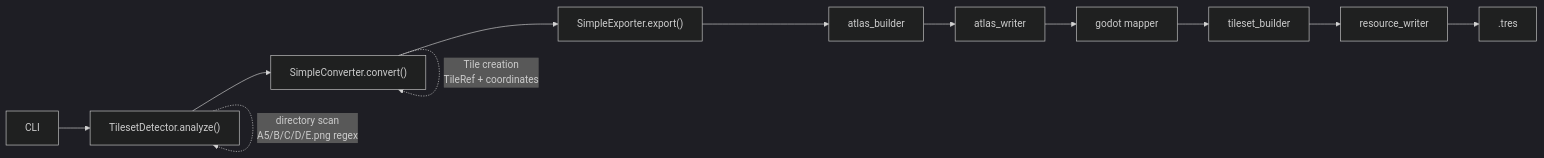
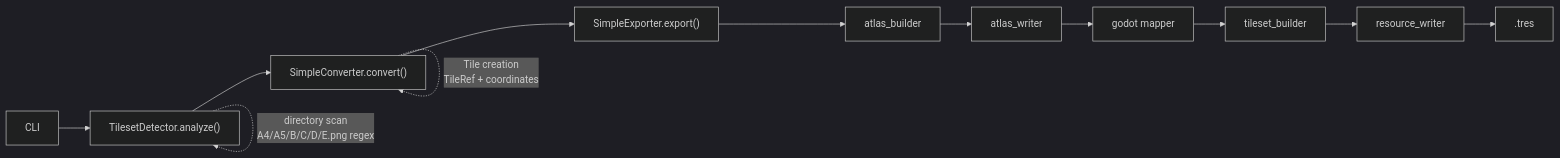
The first of 4 diagrams in README.md (ultra-sonic-28/rpgmaker2godot), drawn with Mermaid (dark theme) before and after one commit. The commit also changed other lines of this file and 19 other files, not shown here.

````diff
--- a/README.md
+++ b/README.md
@@ -145,15 +149,15 @@
 ```mermaid
 flowchart LR
     CLI --> A["TilesetDetector.analyze()"]
     A --> B["SimpleConverter.convert()"]
     B --> C["SimpleExporter.export()"]
     C --> D["atlas_builder"]
     D --> E["atlas_writer"]
     E --> F["godot mapper"]
     F --> G["tileset_builder"]
     G --> H["resource_writer"]
     H --> I[".tres"]
 
-    A -.->|"directory scan<br/>A5/B/C/D/E.png regex"| A
+    A -.->|"directory scan<br/>A4/A5/B/C/D/E.png regex"| A
     B -.->|"Tile creation<br/>TileRef + coordinates"| B
 ```
````
